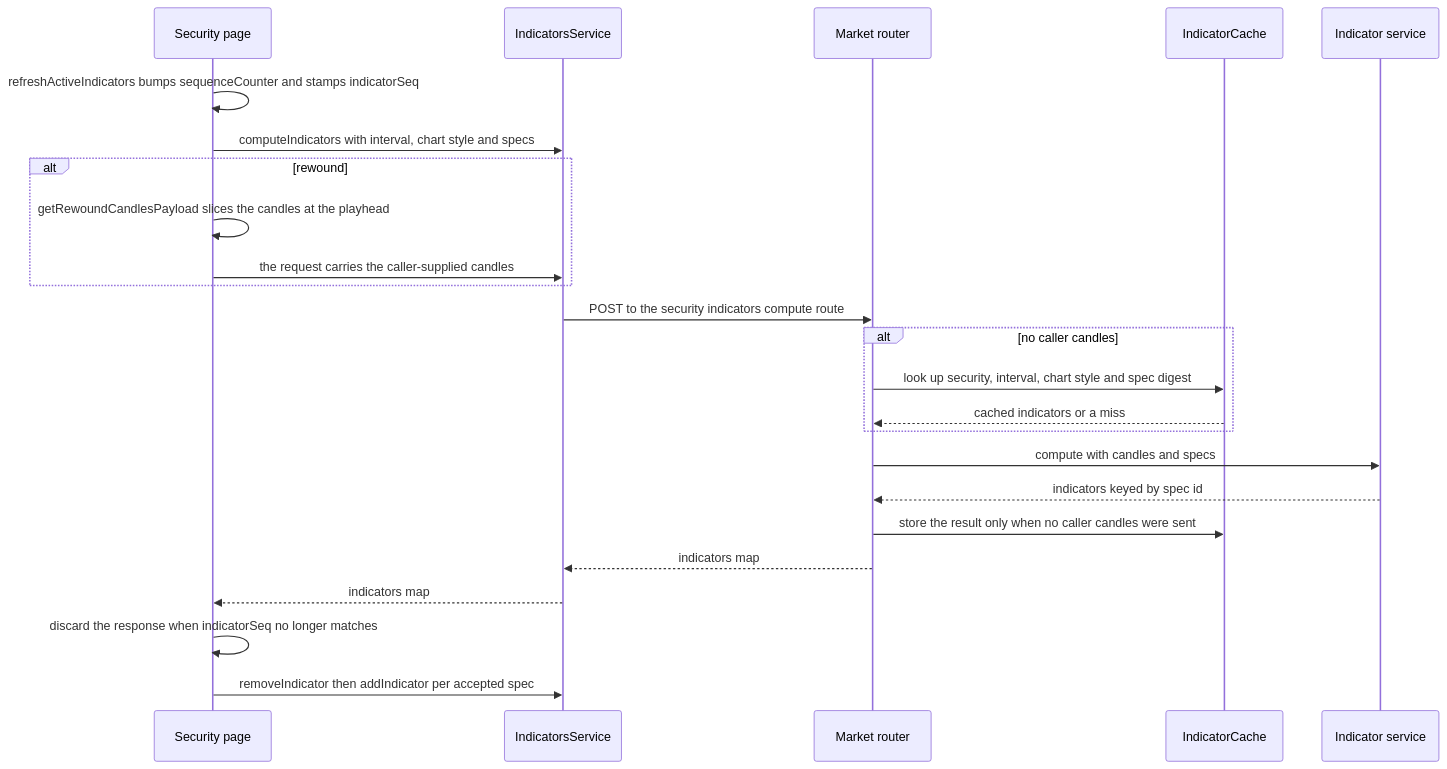
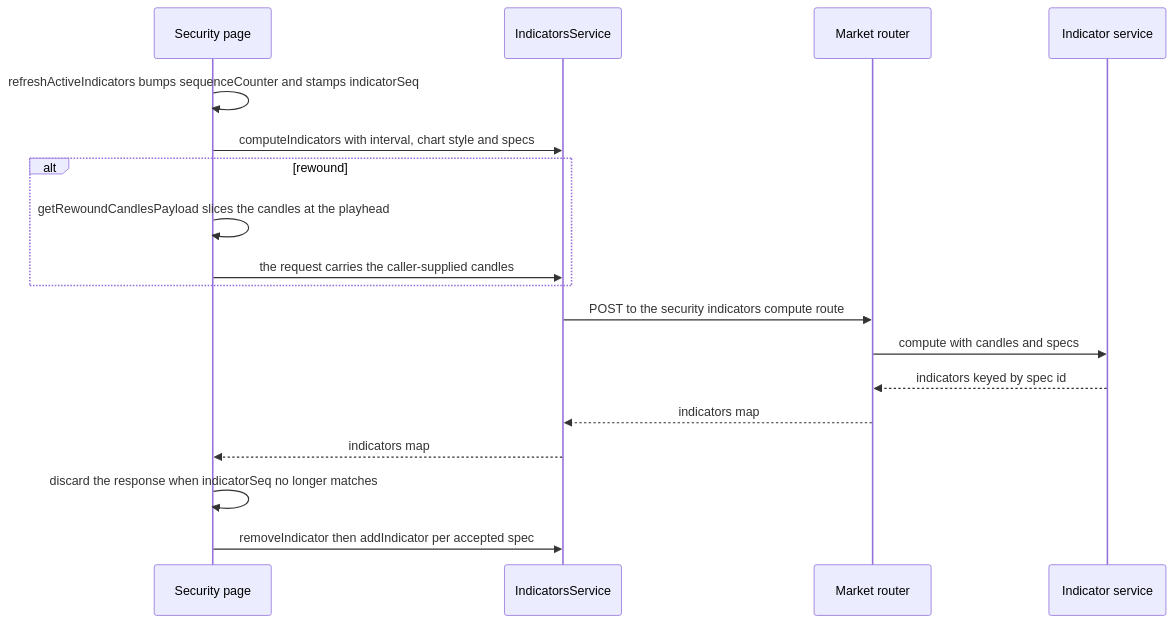
The fourth of 4 diagrams in openwiki/architecture/charting.md (havekes/retail-portfolio), drawn with Mermaid before and after one commit. The commit also changed other lines of this file and 48 other files, not shown here.

````diff
--- a/openwiki/architecture/charting.md
+++ b/openwiki/architecture/charting.md
@@ -290,27 +305,21 @@
 ```mermaid
 sequenceDiagram
     participant Page as Security page
     participant Api as IndicatorsService
     participant Router as Market router
-    participant Cache as IndicatorCache
     participant Engine as Indicator service
 
     Page->>Page: refreshActiveIndicators bumps sequenceCounter and stamps indicatorSeq
     Page->>Api: computeIndicators with interval, chart style and specs
     alt rewound
         Page->>Page: getRewoundCandlesPayload slices the candles at the playhead
         Page->>Api: the request carries the caller-supplied candles
     end
     Api->>Router: POST to the security indicators compute route
-    alt no caller candles
-        Router->>Cache: look up security, interval, chart style and spec digest
-        Cache-->>Router: cached indicators or a miss
-    end
     Router->>Engine: compute with candles and specs
     Engine-->>Router: indicators keyed by spec id
-    Router->>Cache: store the result only when no caller candles were sent
     Router-->>Api: indicators map
     Api-->>Page: indicators map
     Page->>Page: discard the response when indicatorSeq no longer matches
     Page->>Api: removeIndicator then addIndicator per accepted spec
 ```
````
